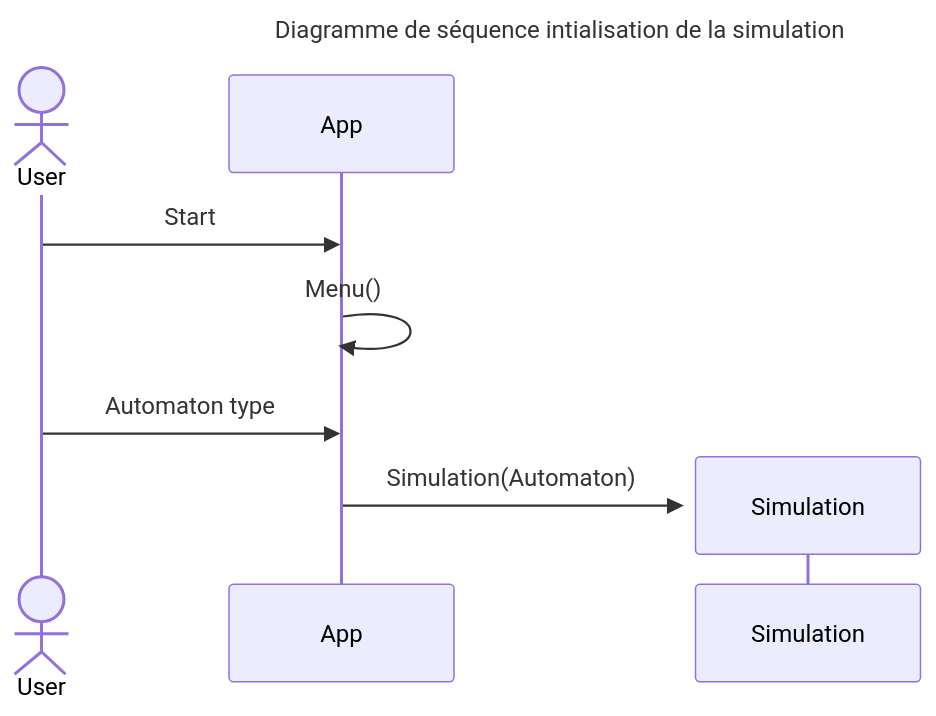
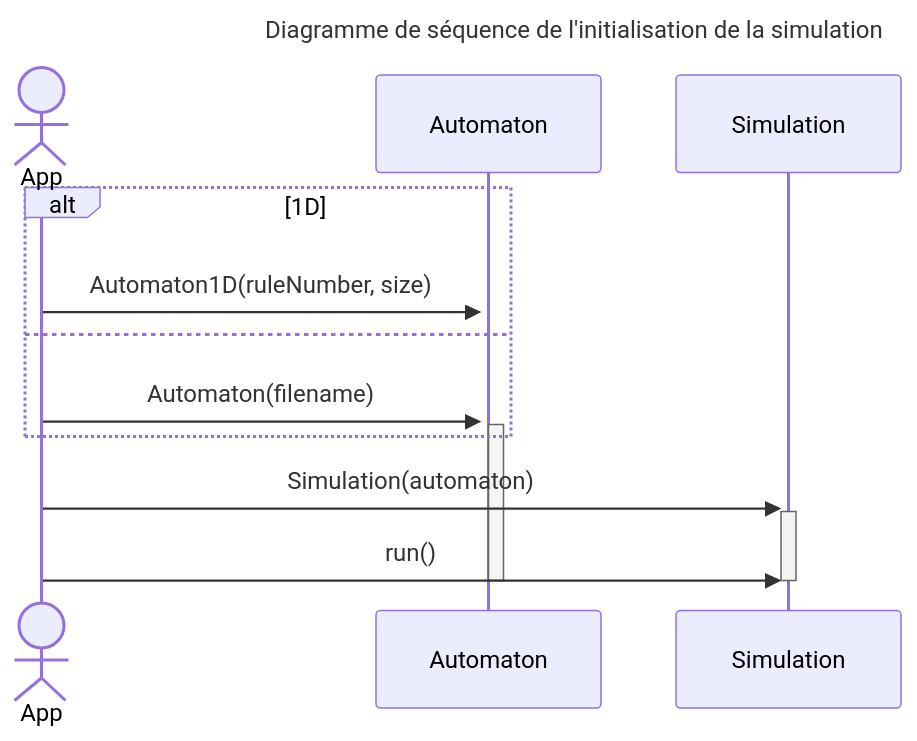
The diagram in doc/uml/sequenceDiagramInitialisation.md (rrrroo/APO_Automates), drawn with Mermaid before and after one commit. The commit also changed 2 other files, not shown here.

Commit message:
mise à jour modelisation avec la nouvelle syntaxe des automates

````diff
--- a/doc/uml/sequenceDiagramInitialisation.md
+++ b/doc/uml/sequenceDiagramInitialisation.md
@@ -1,15 +1,20 @@
 ```mermaid
 sequenceDiagram
-    title Diagramme de séquence intialisation de la simulation
-    actor User
-    participant App
+    title Diagramme de séquence de l'initialisation de la simulation
 
-    User->> App: Start
-    App ->> App: Menu()
+    actor App
+    participant Automaton
+    participant Simulation
 
-    %% à détailler
-
-    User ->> App: Automaton type
-    create participant Simulation
-    App ->>+ Simulation: Simulation(Automaton)
+    alt 1D
+        App ->>+ Automaton: Automaton1D(ruleNumber, size)
+        %% TODO
+    else
+        App ->>+ Automaton: Automaton(filename)
+        %% TODO
+    end
+    App ->>+ Simulation: Simulation(automaton)
+    App ->> Simulation: run()
+    deactivate Simulation
+    deactivate Automaton
 ```
````
